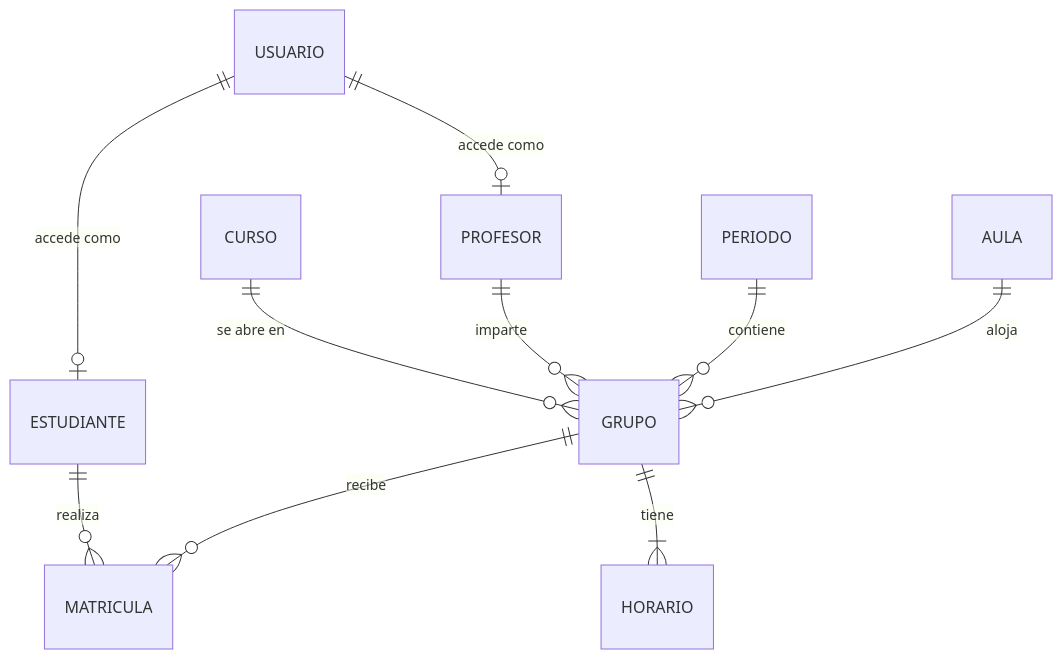
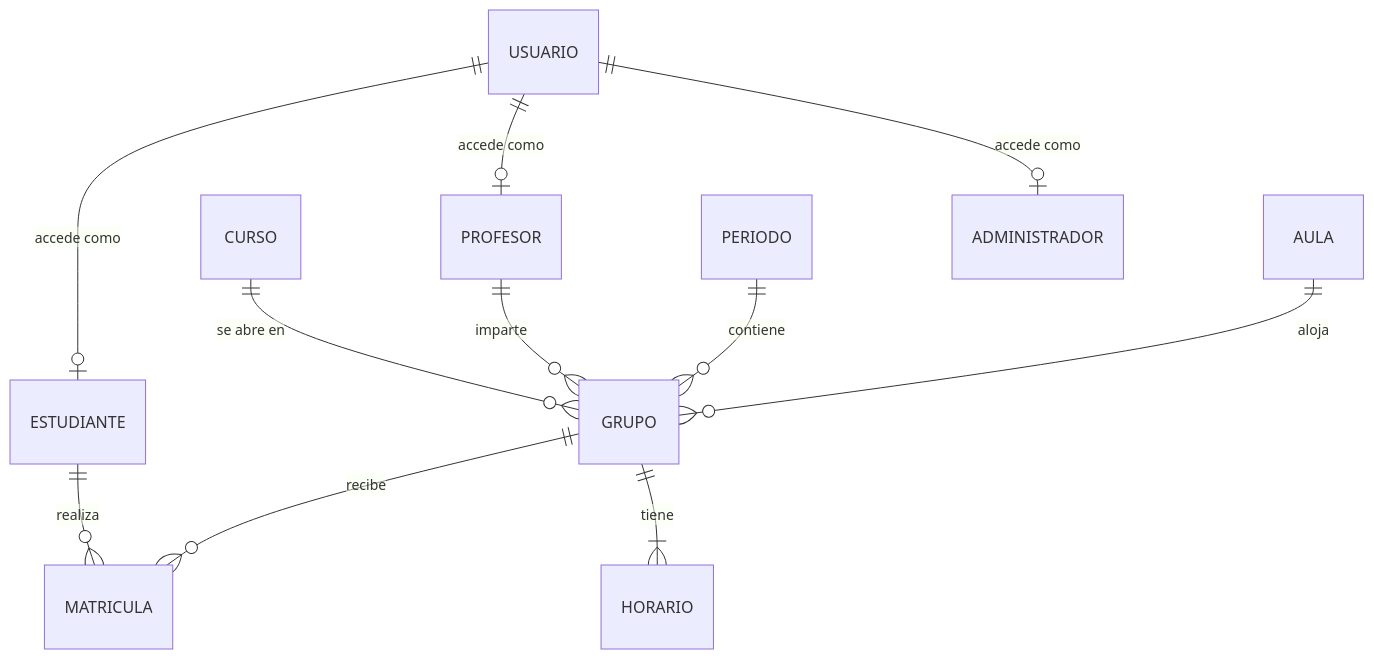
The diagram in docs/requerimientos.md (FernandoSM123/sistema-matricula-api), drawn with Mermaid before and after one commit. The commit also changed other lines of this file and 6 other files, not shown here.

````diff
--- a/docs/requerimientos.md
+++ b/docs/requerimientos.md
@@ -419,12 +438,13 @@
 ```mermaid
 erDiagram
     CURSO ||--o{ GRUPO : "se abre en"
     PROFESOR ||--o{ GRUPO : "imparte"
     PERIODO ||--o{ GRUPO : "contiene"
     AULA ||--o{ GRUPO : "aloja"
     GRUPO ||--|{ HORARIO : "tiene"
     ESTUDIANTE ||--o{ MATRICULA : "realiza"
     GRUPO ||--o{ MATRICULA : "recibe"
     USUARIO ||--o| ESTUDIANTE : "accede como"
     USUARIO ||--o| PROFESOR : "accede como"
+    USUARIO ||--o| ADMINISTRADOR : "accede como"
 ```
````
